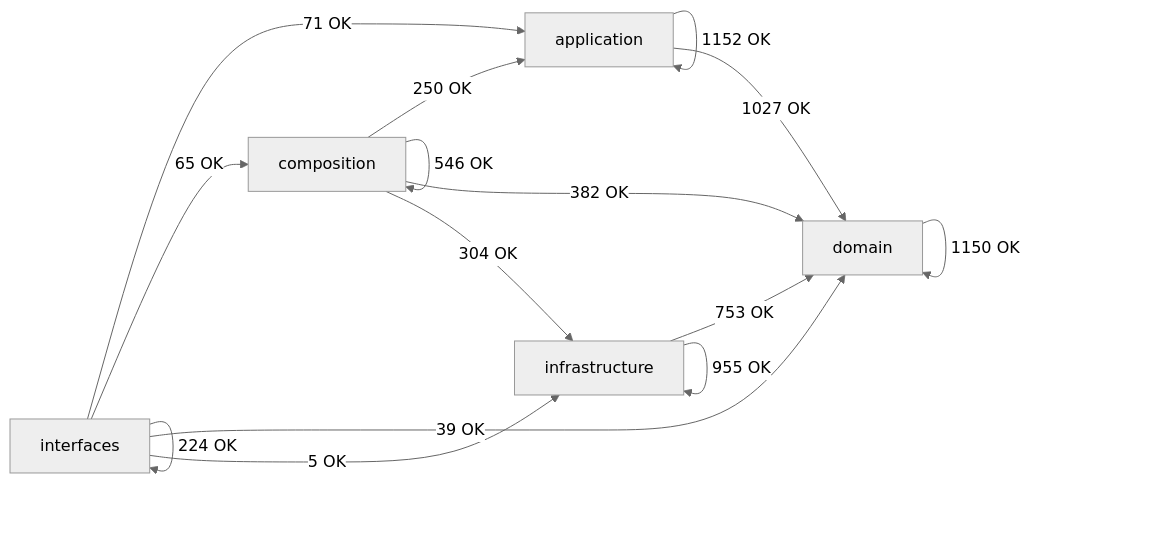
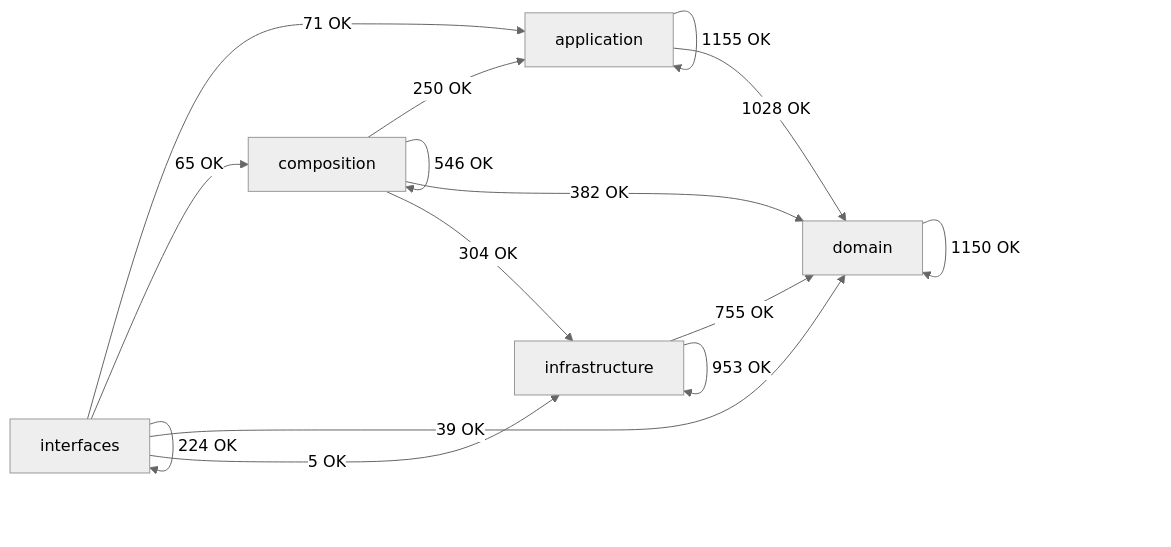
One commit to SatoryKono/BioactivityDataAcquisition changed the diagram in docs/02-architecture/generated/module-dependency-map.md. Above: the diagram before and after it, drawn with Mermaid (neutral theme). The commit also changed other lines of this file and 9 other files, not shown here.

````diff
--- a/docs/02-architecture/generated/module-dependency-map.md
+++ b/docs/02-architecture/generated/module-dependency-map.md
@@ -17,22 +17,22 @@
 ```mermaid
 flowchart LR
     domain[domain]
     application[application]
     infrastructure[infrastructure]
     composition[composition]
     interfaces[interfaces]
-    application -->|1152 OK| application
-    application -->|1027 OK| domain
+    application -->|1155 OK| application
+    application -->|1028 OK| domain
     composition -->|250 OK| application
     composition -->|546 OK| composition
     composition -->|382 OK| domain
     composition -->|304 OK| infrastructure
     domain -->|1150 OK| domain
-    infrastructure -->|753 OK| domain
-    infrastructure -->|955 OK| infrastructure
+    infrastructure -->|755 OK| domain
+    infrastructure -->|953 OK| infrastructure
     interfaces -->|71 OK| application
     interfaces -->|65 OK| composition
     interfaces -->|39 OK| domain
     interfaces -->|5 OK| infrastructure
     interfaces -->|224 OK| interfaces
 ```
````
